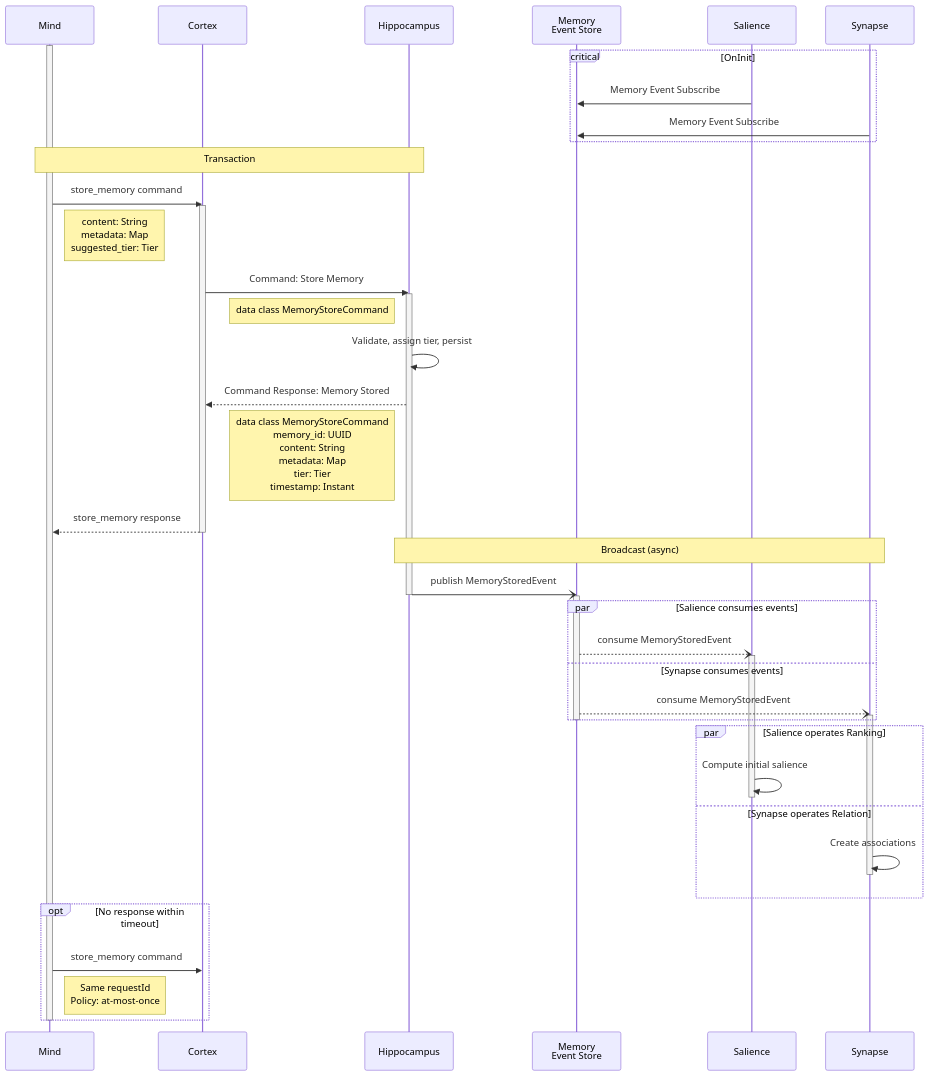
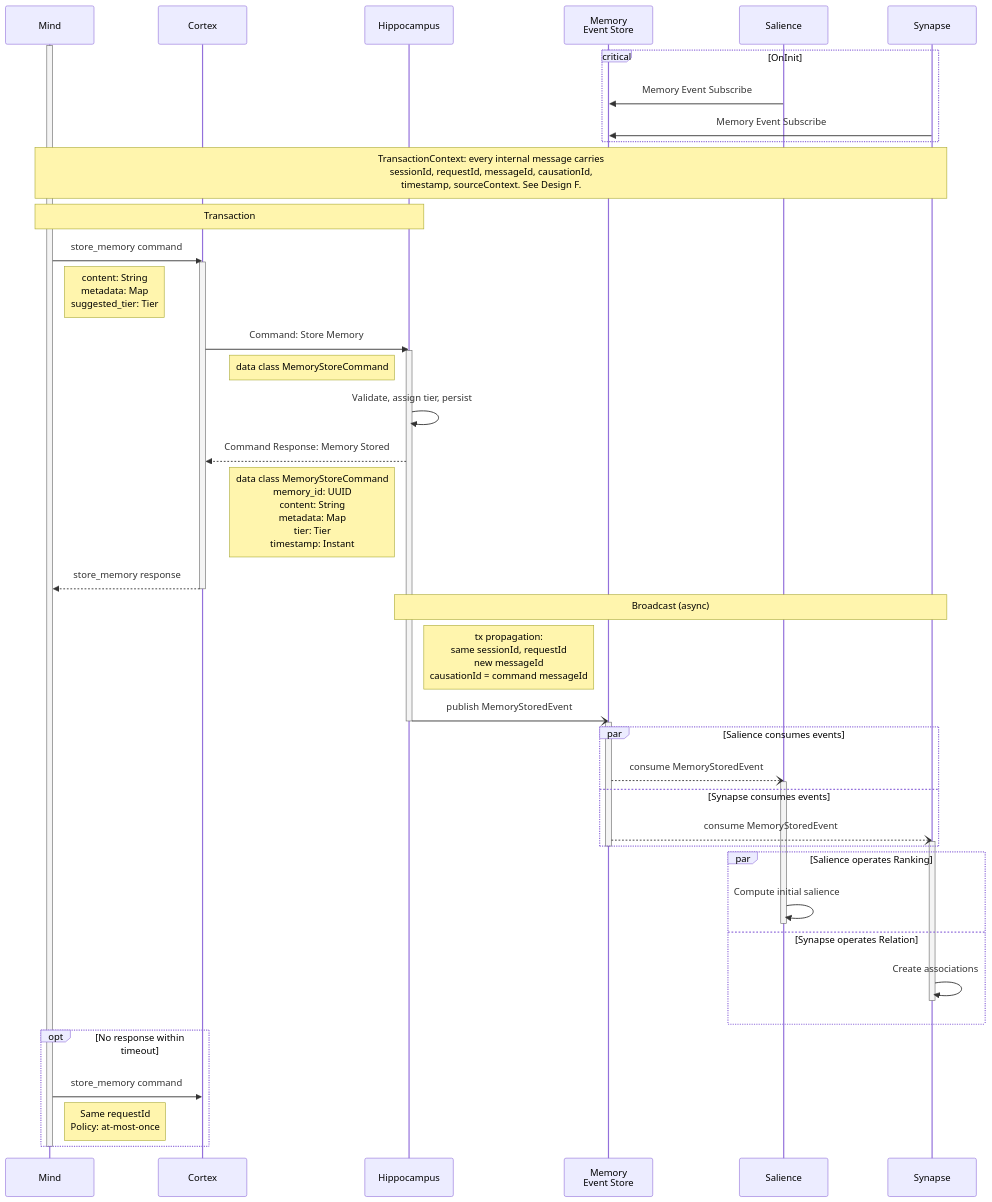
Before and after one commit to Mimis-Gildi/mcp-total-recall: the diagram in site/_includes/diagrams/msg-0001-store-memory.mmd, drawn with Mermaid. The commit also changed 15 other files, not shown here.

Commit message:
Transaction Context added in diagrams.

```diff
--- a/site/_includes/diagrams/msg-0001-store-memory.mmd
+++ b/site/_includes/diagrams/msg-0001-store-memory.mmd
@@ -1,64 +1,67 @@
 sequenceDiagram
     participant M as Mind
     participant CX as Cortex
     participant HP as Hippocampus
     participant ES as Memory<br/> Event Store
     participant SL as Salience
     participant SY as Synapse
 
     activate M
 
     critical OnInit
         SL ->> ES: Memory Event Subscribe
         SY ->> ES: Memory Event Subscribe
     end
+
+    Note over M,SY: TransactionContext: every internal message carries<br/>sessionId, requestId, messageId, causationId,<br/>timestamp, sourceContext. See Design F.
 
     Note over M,HP: Transaction
     M->>CX: store_memory command
     activate CX
     Note right of M: content: String<br/>metadata: Map<br/>suggested_tier: Tier
 
 
     CX->>HP: Command: Store Memory
     activate HP
     Note left of HP: data class MemoryStoreCommand
 
     HP->>HP: Validate, assign tier, persist
     HP-->>CX: Command Response: Memory Stored
     Note left of HP: data class MemoryStoreCommand<br/> memory_id: UUID<br/>content: String<br/>metadata: Map<br/>tier: Tier<br/>timestamp: Instant
     CX-->>M: store_memory response
 
     deactivate CX
 
     Note over HP,SY: Broadcast (async)
+    Note right of HP: tx propagation:<br/>same sessionId, requestId<br/>new messageId<br/>causationId = command messageId
     HP-)ES: publish MemoryStoredEvent
     deactivate HP
     activate ES
 
 
     par Salience consumes events
         ES--)SL: consume MemoryStoredEvent
         activate SL
 
     and Synapse consumes events
         ES--)SY: consume MemoryStoredEvent
         activate SY
 
     end
 
     deactivate ES
 
     par Salience operates Ranking
         SL->>SL: Compute initial salience
         deactivate SL
     and Synapse operates Relation
         SY->>SY: Create associations
         deactivate SY
     end
 
     opt No response within timeout
         M->>CX: store_memory command
         Note right of M: Same requestId<br/>Policy: at-most-once
     end
 
     deactivate M
```
